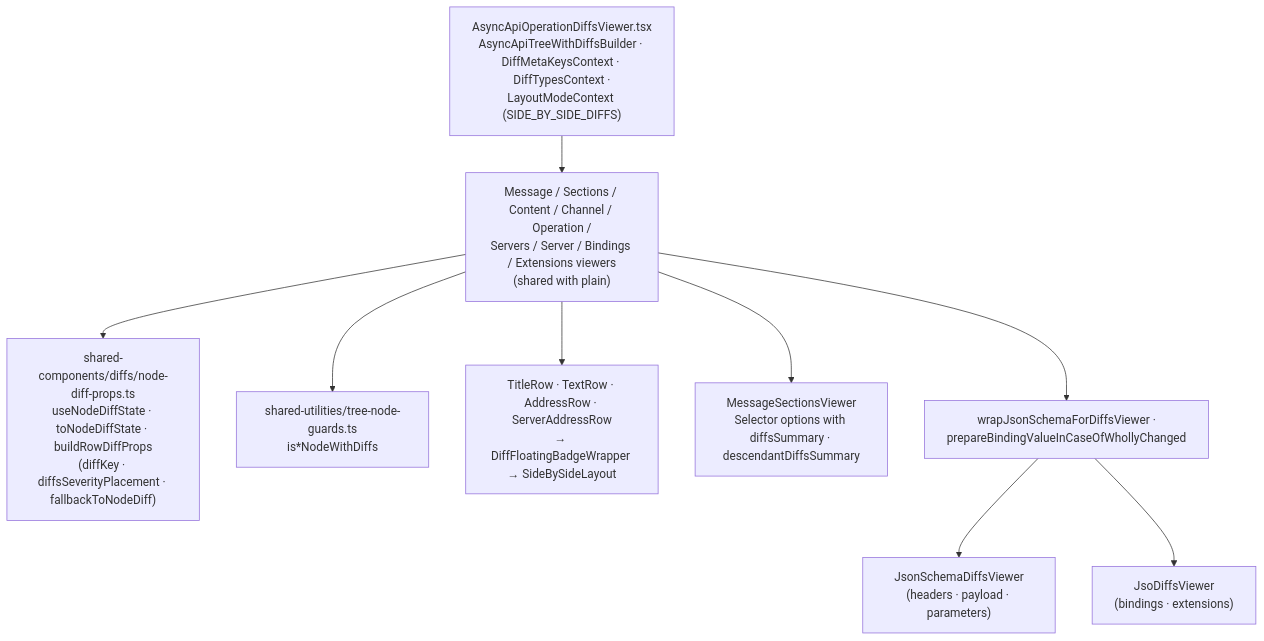
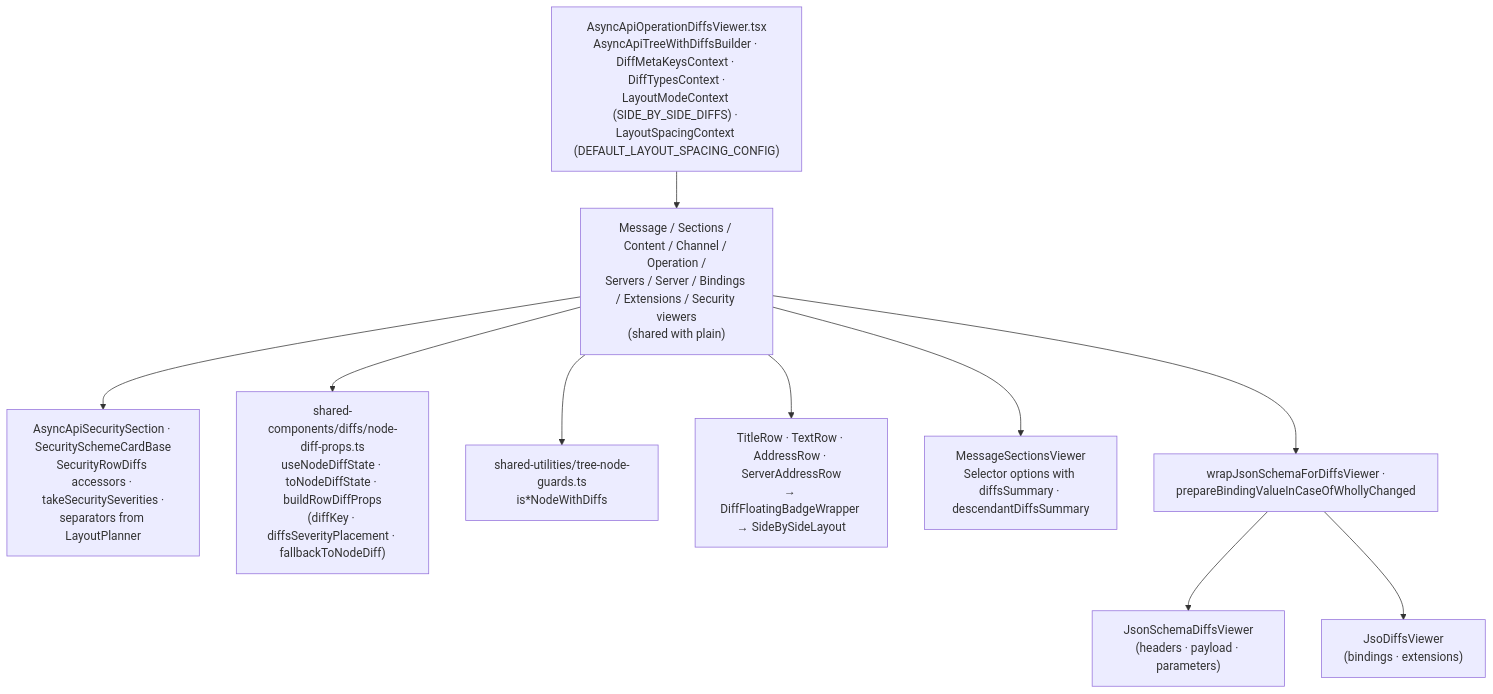
The diagram in frontend/api-doc-viewer/docs/design/async-api/architecture/viewer-with-diffs.md (Netcracker/qubership-apihub), drawn with Mermaid before and after one commit. The commit also changed 6039 other files, not shown here.

Commit message:
feat: New `OpenApiOperationViewer`, `OpenApiOperationDiffsViewer` from `api-doc-viewer` instead of legacy `OperationApi`, `DiffOperationApi` from legacy `apispec-view`

````diff
--- a/frontend/api-doc-viewer/docs/design/async-api/architecture/viewer-with-diffs.md
+++ b/frontend/api-doc-viewer/docs/design/async-api/architecture/viewer-with-diffs.md
@@ -10,21 +10,23 @@
 ```mermaid
 flowchart TB
-  RootD["AsyncApiOperationDiffsViewer.tsx<br/>AsyncApiTreeWithDiffsBuilder · DiffMetaKeysContext · DiffTypesContext ·<br/>LayoutModeContext (SIDE_BY_SIDE_DIFFS)"]
-  NodeViewers["Message / Sections / Content / Channel / Operation /<br/>Servers / Server / Bindings / Extensions viewers<br/>(shared with plain)"]
+  RootD["AsyncApiOperationDiffsViewer.tsx<br/>AsyncApiTreeWithDiffsBuilder · DiffMetaKeysContext · DiffTypesContext ·<br/>LayoutModeContext (SIDE_BY_SIDE_DIFFS) · LayoutSpacingContext (DEFAULT_LAYOUT_SPACING_CONFIG)"]
+  NodeViewers["Message / Sections / Content / Channel / Operation /<br/>Servers / Server / Bindings / Extensions / Security viewers<br/>(shared with plain)"]
+  SecurityD["AsyncApiSecuritySection · SecuritySchemeCardBase<br/>SecurityRowDiffs accessors · takeSecuritySeverities ·<br/>separators from LayoutPlanner"]
   DiffState["shared-components/diffs/node-diff-props.ts<br/>useNodeDiffState · toNodeDiffState · buildRowDiffProps<br/>(diffKey · diffsSeverityPlacement · fallbackToNodeDiff)"]
   Guards["shared-utilities/tree-node-guards.ts<br/>is*NodeWithDiffs"]
   Rows["TitleRow · TextRow · AddressRow · ServerAddressRow<br/>→ DiffFloatingBadgeWrapper → SideBySideLayout"]
   SectionSelector["MessageSectionsViewer<br/>Selector options with diffsSummary · descendantDiffsSummary"]
   JsonSchemaD["JsonSchemaDiffsViewer<br/>(headers · payload · parameters)"]
   JsoD["JsoDiffsViewer<br/>(bindings · extensions)"]
   Wrap["wrapJsonSchemaForDiffsViewer ·<br/>prepareBindingValueInCaseOfWhollyChanged"]
 
   RootD --> NodeViewers
   NodeViewers --> Guards
   NodeViewers --> DiffState
   NodeViewers --> Rows
   NodeViewers --> SectionSelector
   NodeViewers --> Wrap
+  NodeViewers --> SecurityD
   Wrap --> JsonSchemaD
   Wrap --> JsoD
 ```
````
